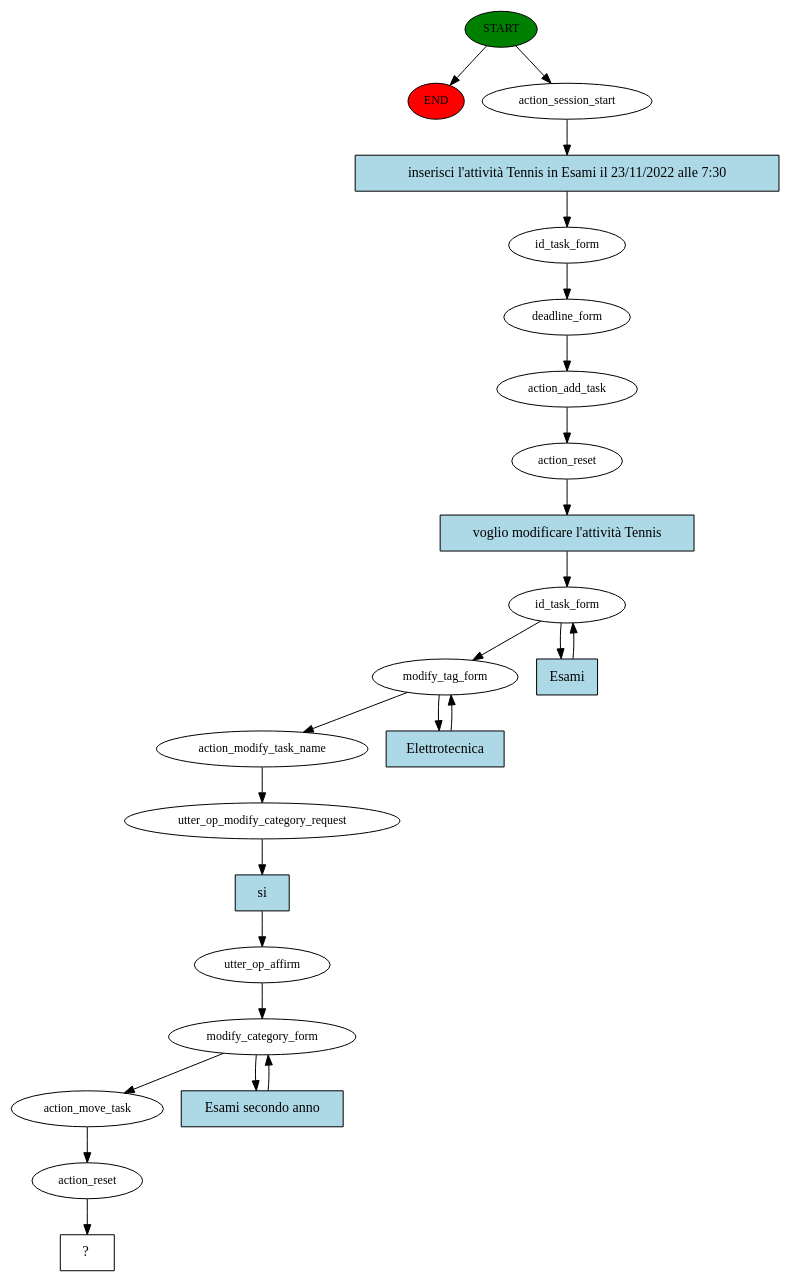
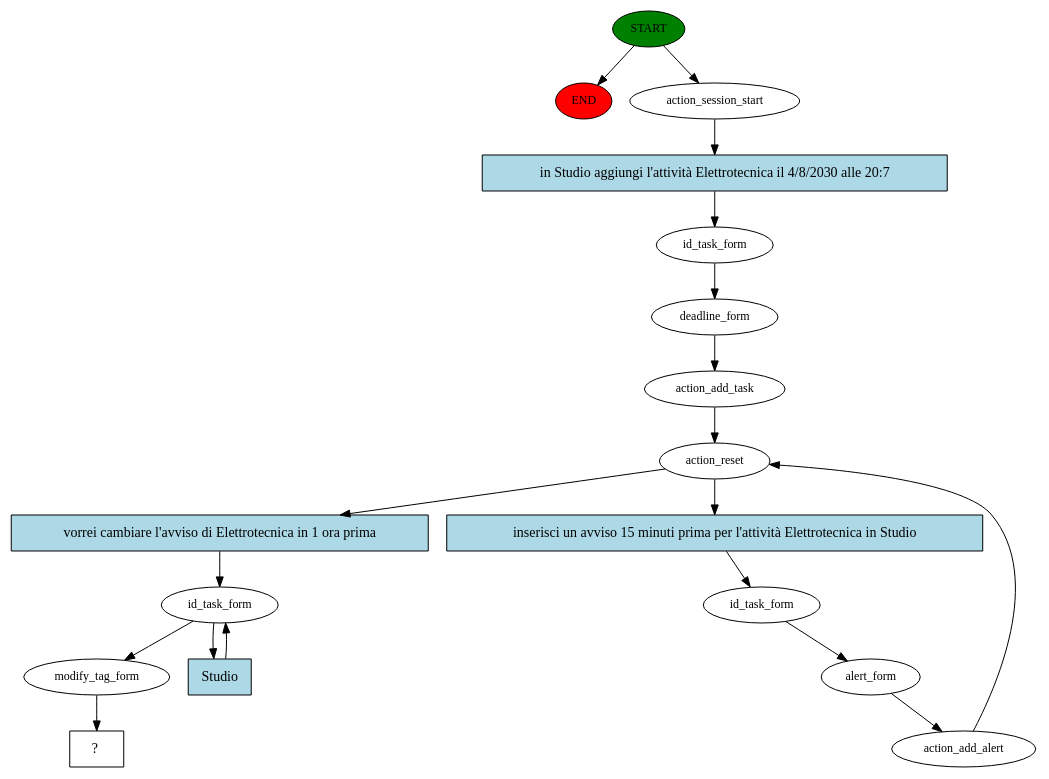
Before and after one commit to ManDrake-hub/ROS_todoList_chatbot: the diagram in story_graph.dot, drawn with Graphviz. The commit also changed 5 other files, not shown here.

Commit message:
add roles for tag, category and user

```diff
--- a/story_graph.dot
+++ b/story_graph.dot
@@ -1,48 +1,37 @@
 digraph  {
 0 [class="start active", fillcolor=green, fontsize=12, label=START, style=filled];
 "-1" [class=end, fillcolor=red, fontsize=12, label=END, style=filled];
 1 [class=active, fontsize=12, label=action_session_start];
 2 [class=active, fontsize=12, label=id_task_form];
 3 [class=active, fontsize=12, label=deadline_form];
 4 [class=active, fontsize=12, label=action_add_task];
 5 [class=active, fontsize=12, label=action_reset];
 6 [class=active, fontsize=12, label=id_task_form];
-8 [class=active, fontsize=12, label=modify_tag_form];
-10 [class=active, fontsize=12, label=action_modify_task_name];
-11 [class=active, fontsize=12, label=utter_op_modify_category_request];
-12 [class=active, fontsize=12, label=utter_op_affirm];
-13 [class=active, fontsize=12, label=modify_category_form];
-15 [class=active, fontsize=12, label=action_move_task];
-16 [class=active, fontsize=12, label=action_reset];
-17 [class="intent dashed active", label="  ?  ", shape=rect];
-18 [class="intent active", fillcolor=lightblue, label="inserisci l'attività Tennis in Esami il 23/11/2022 alle 7:30", shape=rect, style=filled];
-19 [class="intent active", fillcolor=lightblue, label="voglio modificare l'attività Tennis", shape=rect, style=filled];
-20 [class="intent active", fillcolor=lightblue, label=Esami, shape=rect, style=filled];
-21 [class="intent active", fillcolor=lightblue, label=Elettrotecnica, shape=rect, style=filled];
-22 [class="intent active", fillcolor=lightblue, label=si, shape=rect, style=filled];
-23 [class="intent active", fillcolor=lightblue, label="Esami secondo anno", shape=rect, style=filled];
+7 [class=active, fontsize=12, label=alert_form];
+8 [class=active, fontsize=12, label=action_add_alert];
+10 [class=active, fontsize=12, label=id_task_form];
+12 [class=active, fontsize=12, label=modify_tag_form];
+13 [class="intent dashed active", label="  ?  ", shape=rect];
+14 [class="intent active", fillcolor=lightblue, label="in Studio aggiungi l'attività Elettrotecnica il 4/8/2030 alle 20:7", shape=rect, style=filled];
+15 [class="intent active", fillcolor=lightblue, label="inserisci un avviso 15 minuti prima per l'attività Elettrotecnica in Studio", shape=rect, style=filled];
+16 [class="intent active", fillcolor=lightblue, label="vorrei cambiare l'avviso di Elettrotecnica in 1 ora prima", shape=rect, style=filled];
+17 [class="intent active", fillcolor=lightblue, label=Studio, shape=rect, style=filled];
 0 -> "-1"  [class="", key=NONE, label=""];
 0 -> 1  [class=active, key=NONE, label=""];
-1 -> 18  [class=active, key=0];
+1 -> 14  [class=active, key=0];
 2 -> 3  [class=active, key=NONE, label=""];
 3 -> 4  [class=active, key=NONE, label=""];
 4 -> 5  [class=active, key=NONE, label=""];
-5 -> 19  [class=active, key=0];
-6 -> 8  [class=active, key=NONE, label=""];
-6 -> 20  [class=active, key=0];
-8 -> 10  [class=active, key=NONE, label=""];
-8 -> 21  [class=active, key=0];
-10 -> 11  [class=active, key=NONE, label=""];
-11 -> 22  [class=active, key=0];
+5 -> 15  [class=active, key=0];
+5 -> 16  [class=active, key=0];
+6 -> 7  [class=active, key=NONE, label=""];
+7 -> 8  [class=active, key=NONE, label=""];
+8 -> 5  [class=active, key=NONE, label=""];
+10 -> 12  [class=active, key=NONE, label=""];
+10 -> 17  [class=active, key=0];
 12 -> 13  [class=active, key=NONE, label=""];
-13 -> 15  [class=active, key=NONE, label=""];
-13 -> 23  [class=active, key=0];
-15 -> 16  [class=active, key=NONE, label=""];
-16 -> 17  [class=active, key=NONE, label=""];
-18 -> 2  [class=active, key=0];
-19 -> 6  [class=active, key=0];
-20 -> 6  [class=active, key=0];
-21 -> 8  [class=active, key=0];
-22 -> 12  [class=active, key=0];
-23 -> 13  [class=active, key=0];
+14 -> 2  [class=active, key=0];
+15 -> 6  [class=active, key=0];
+16 -> 10  [class=active, key=0];
+17 -> 10  [class=active, key=0];
 }
```
